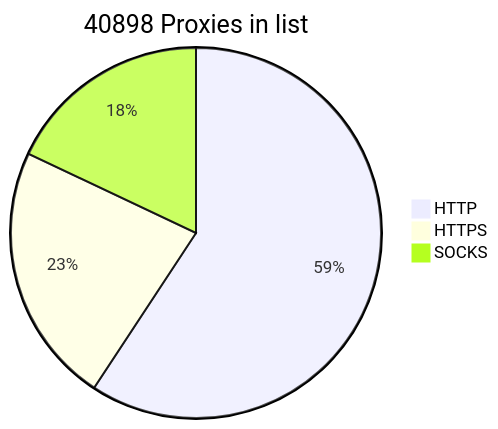
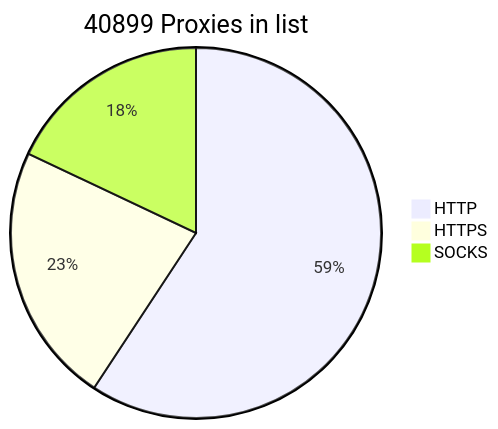
Before and after one commit to BlackSnowDot/proxylist-update-every-minute: the diagram in README.md, drawn with Mermaid.

````diff
--- a/README.md
+++ b/README.md
@@ -2,6 +2,6 @@
 ```mermaid
-pie title 40898 Proxies in list
+pie title 40899 Proxies in list
     "HTTP" : 28542
     "HTTPS": 10965
-    "SOCKS" : 8655
+    "SOCKS" : 8656
 ```
````
